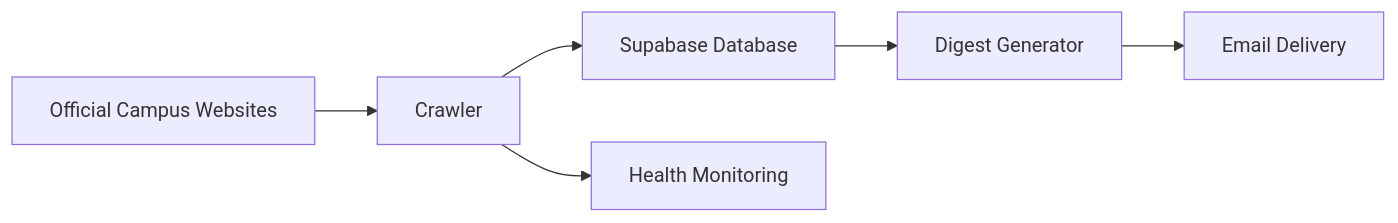
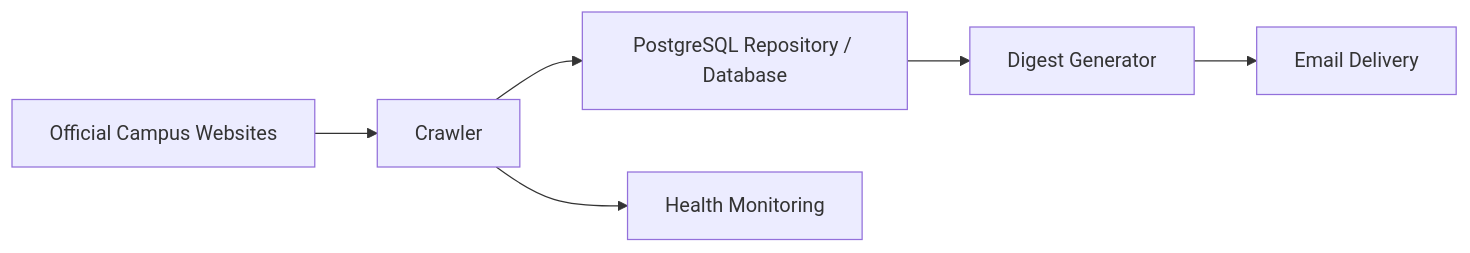
Before and after one commit to guanfeilee/HITNotice: the diagram in README.md, drawn with Mermaid. The commit also changed other lines of this file and 47 other files, not shown here.

Commit message:
Replace Supabase data access with PostgreSQL repositories

````diff
--- a/README.md
+++ b/README.md
@@ -38,15 +38,15 @@
 ```mermaid
 flowchart LR
     A[Official Campus Websites]
     B[Crawler]
-    C[Supabase Database]
+    C[PostgreSQL Repository / Database]
     D[Digest Generator]
     E[Email Delivery]
     F[Health Monitoring]
 
     A --> B
     B --> C
     C --> D
     D --> E
     B --> F
 ```
````
